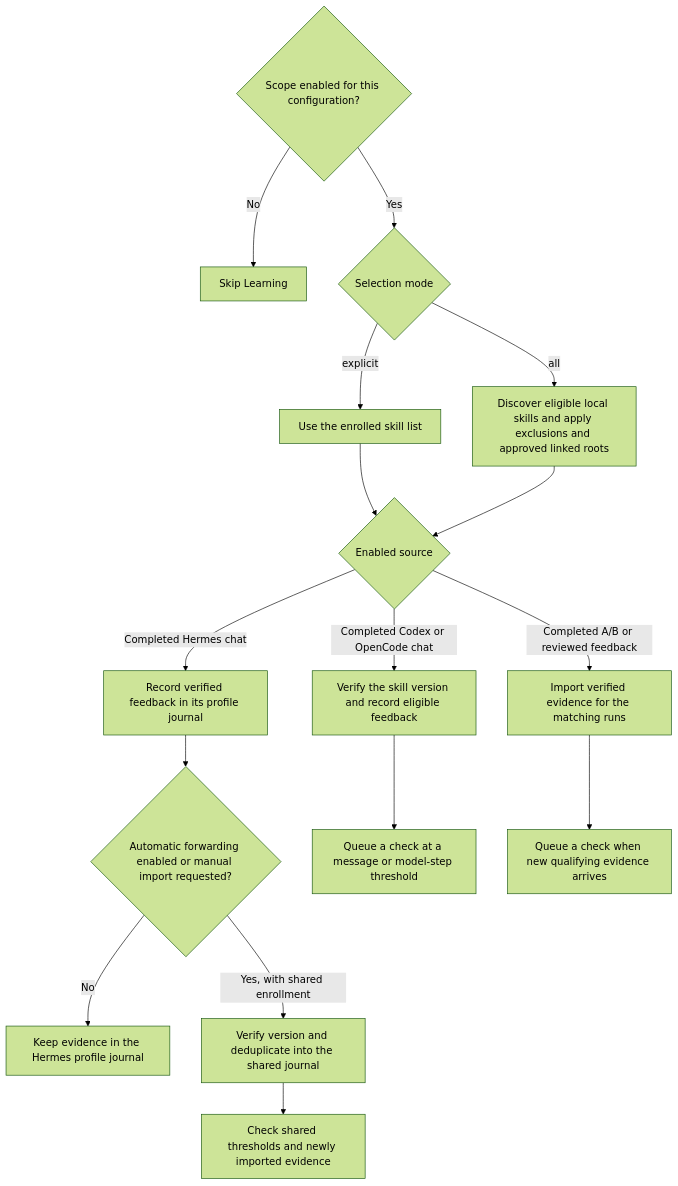
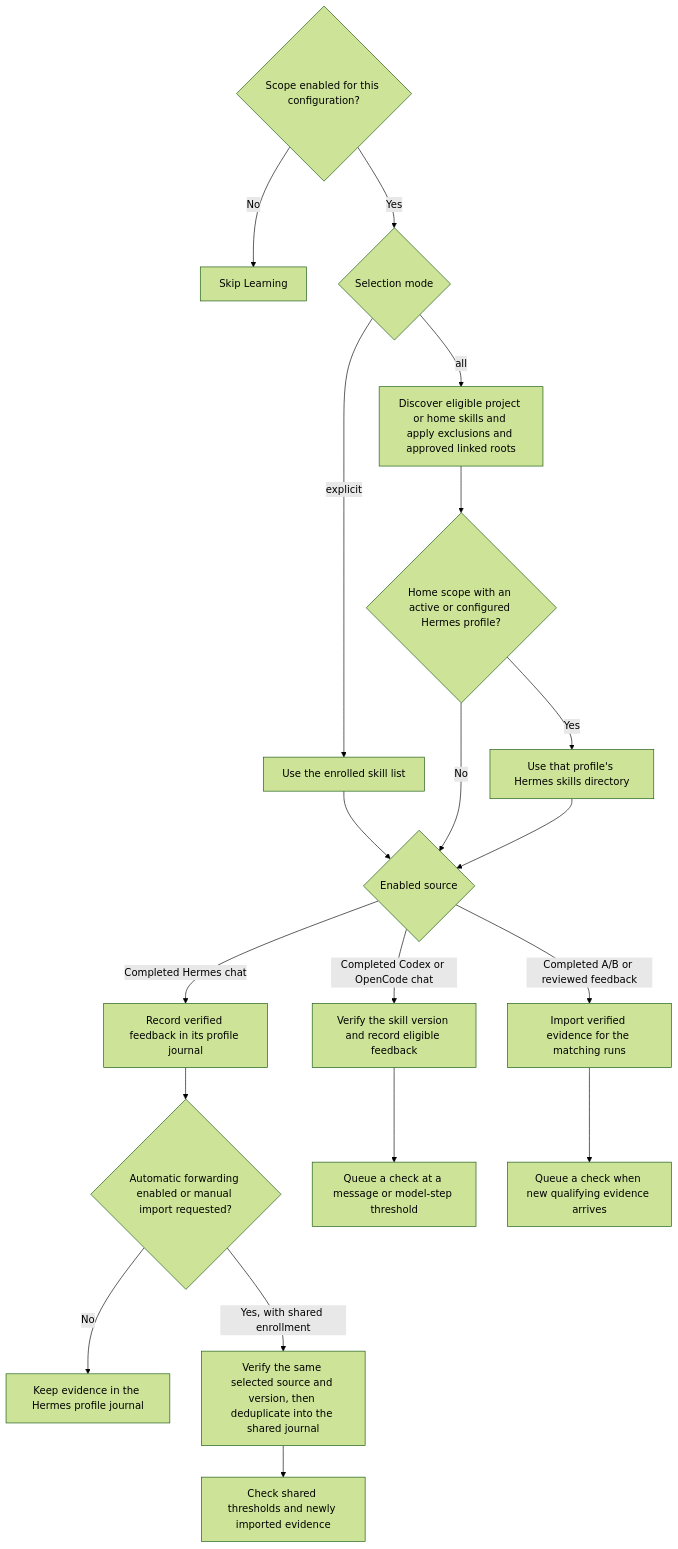
Before and after one commit to pnpwin/skillcraft: the third of 4 diagrams in plugins/skillcraft/skills/skillcraft/references/workflows.md, drawn with Mermaid (forest theme). The commit also changed 13 other files, not shown here.

````diff
--- a/plugins/skillcraft/skills/skillcraft/references/workflows.md
+++ b/plugins/skillcraft/skills/skillcraft/references/workflows.md
@@ -61,18 +61,21 @@
 ```mermaid
 flowchart TD
     A{"Scope enabled for this configuration?"} -->|No| B["Skip Learning"]
     A -->|Yes| C{"Selection mode"}
     C -->|explicit| D["Use the enrolled skill list"]
-    C -->|all| E["Discover eligible local skills and apply exclusions and approved linked roots"]
+    C -->|all| E["Discover eligible project or home skills and apply exclusions and approved linked roots"]
     D --> F{"Enabled source"}
-    E --> F
+    E --> P{"Home scope with an active or configured Hermes profile?"}
+    P -->|Yes| Q["Use that profile's Hermes skills directory"]
+    P -->|No| F
+    Q --> F
     F -->|Completed Codex or OpenCode chat| G["Verify the skill version and record eligible feedback"]
     F -->|Completed Hermes chat| H["Record verified feedback in its profile journal"]
     F -->|Completed A/B or reviewed feedback| I["Import verified evidence for the matching runs"]
     H --> J{"Automatic forwarding enabled or manual import requested?"}
     J -->|No| K["Keep evidence in the Hermes profile journal"]
-    J -->|Yes, with shared enrollment| L["Verify version and deduplicate into the shared journal"]
+    J -->|Yes, with shared enrollment| L["Verify the same selected source and version, then deduplicate into the shared journal"]
     G --> M["Queue a check at a message or model-step threshold"]
     I --> N["Queue a check when new qualifying evidence arrives"]
     L --> O["Check shared thresholds and newly imported evidence"]
 ```
````
